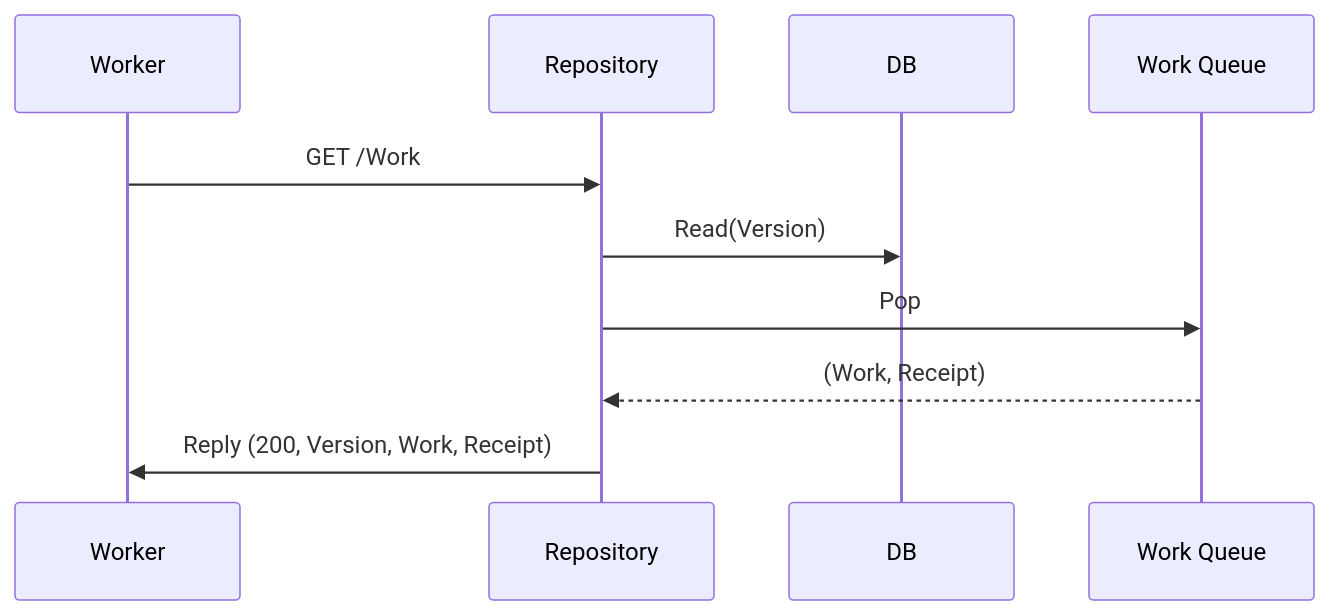
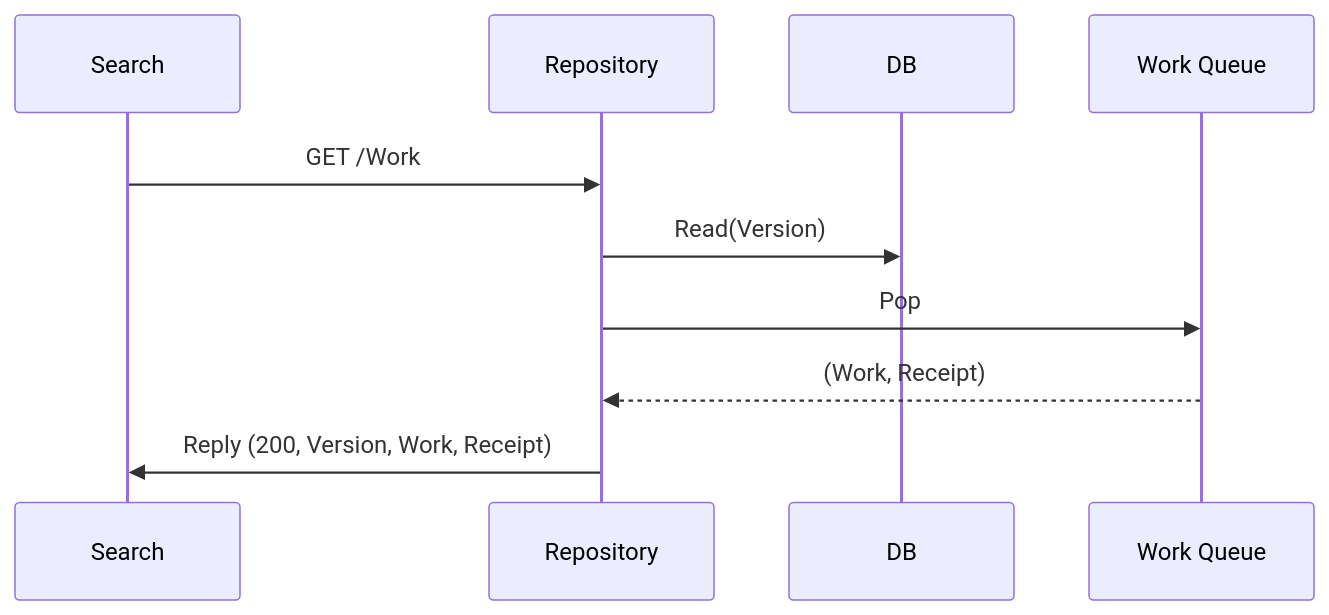
One commit to michaelrauh/crochet changed the diagram in get_work.md. Above: the diagram before and after it, drawn with Mermaid. The commit also changed 62 other files, not shown here.

````diff
--- a/get_work.md
+++ b/get_work.md
@@ -1,13 +1,13 @@
 ```mermaid
 sequenceDiagram
-    participant Worker
+    participant Search
     participant Repository
     participant DB 
     participant Work Queue
  
-    Worker->>Repository: GET /Work
+    Search->>Repository: GET /Work
     Repository->>DB: Read(Version)
     Repository->>Work Queue: Pop
     Work Queue-->>Repository: (Work, Receipt)
-    Repository->>Worker: Reply (200, Version, Work, Receipt)  
-```  
+    Repository->>Search: Reply (200, Version, Work, Receipt)  
+```
````
